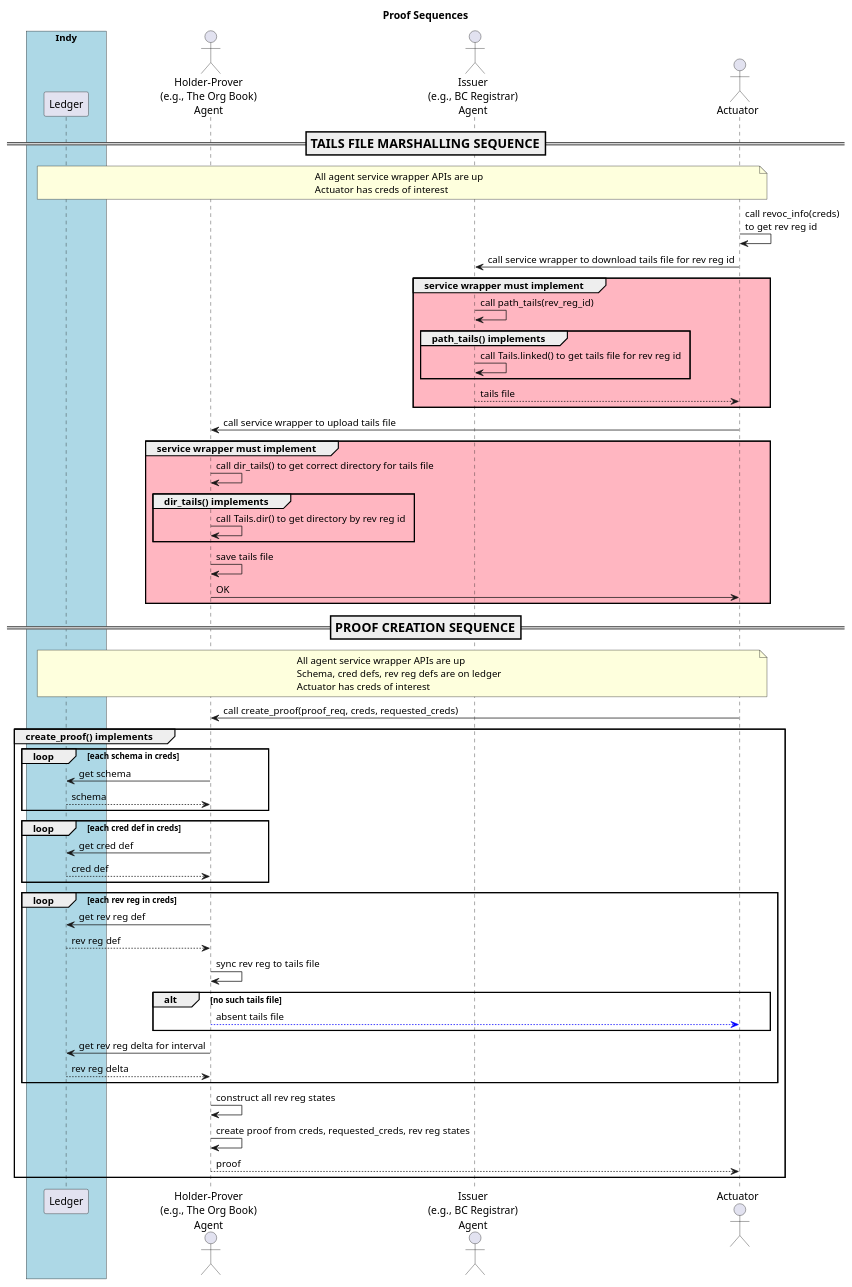
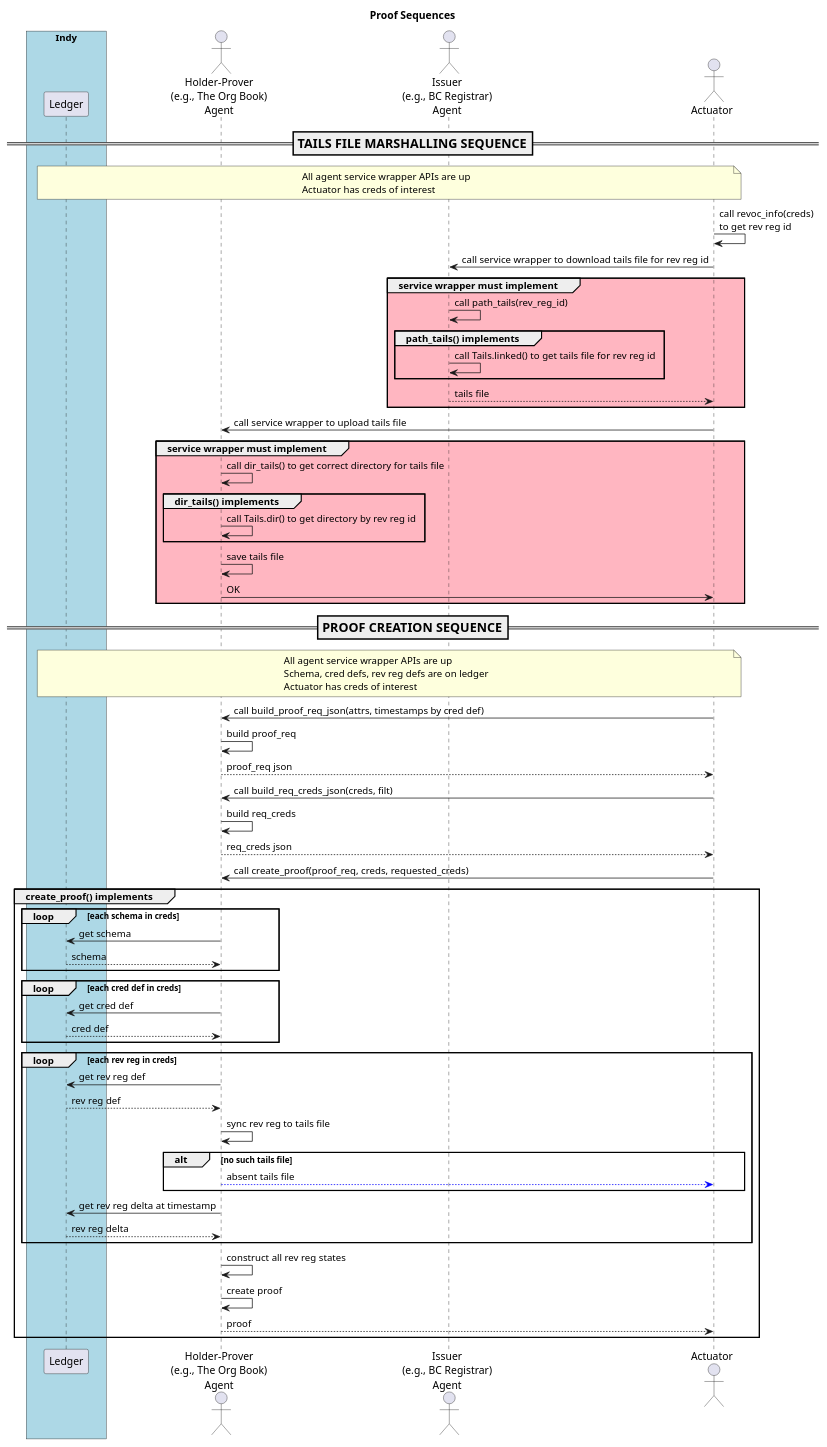
The diagram in doc/pic/src/proof.puml (PSPC-SPAC-buyandsell/von_base), drawn with PlantUML before and after one commit. The commit also changed 4 other files, not shown here.

```diff
--- a/doc/pic/src/proof.puml
+++ b/doc/pic/src/proof.puml
@@ -1,91 +1,99 @@
 @startuml
 /'
 Copyright 2017-2018 Government of Canada - Public Services and Procurement Canada - buyandsell.gc.ca
 
 Licensed under the Apache License, Version 2.0 (the "License");
 you may not use this file except in compliance with the License.
 You may obtain a copy of the License at
 
 http://www.apache.org/licenses/LICENSE-2.0
 
 Unless required by applicable law or agreed to in writing, software
 distributed under the License is distributed on an "AS IS" BASIS,
 WITHOUT WARRANTIES OR CONDITIONS OF ANY KIND, either express or implied.
 See the License for the specific language governing permissions and
 limitations under the License.
 '/
 
 skinparam ParticipantPadding 20
 skinparam BoxPadding 20
 
 title Proof Sequences
 
 box "Indy" #LightBlue
     participant "Ledger" as ledger
 endbox
 
 actor "Holder-Prover\n(e.g., The Org Book)\nAgent" as obag
 actor "Issuer\n(e.g., BC Registrar)\nAgent" as bcrag
 actor "Actuator" as ator
 
 === TAILS FILE MARSHALLING SEQUENCE ==
 note over ledger, ator
 All agent service wrapper APIs are up
 Actuator has creds of interest
 endnote
 
 ator -> ator: call revoc_info(creds)\nto get rev reg id
 ator -> bcrag: call service wrapper to download tails file for rev reg id
 group #lightPink service wrapper must implement
     bcrag -> bcrag: call path_tails(rev_reg_id)
     group path_tails() implements
         bcrag -> bcrag: call Tails.linked() to get tails file for rev reg id
     end
     bcrag --> ator: tails file
 end
 
 ator -> obag: call service wrapper to upload tails file
 group #lightPink service wrapper must implement
     obag -> obag: call dir_tails() to get correct directory for tails file
     group dir_tails() implements
         obag -> obag: call Tails.dir() to get directory by rev reg id
     end
     obag -> obag: save tails file
     obag -> ator: OK
 end
 
 === PROOF CREATION SEQUENCE ==
 note over ledger, ator
 All agent service wrapper APIs are up
 Schema, cred defs, rev reg defs are on ledger
 Actuator has creds of interest
 endnote
 
+ator -> obag: call build_proof_req_json(attrs, timestamps by cred def)
+obag -> obag: build proof_req
+obag --> ator: proof_req json
+
+ator -> obag: call build_req_creds_json(creds, filt)
+obag -> obag: build req_creds
+obag --> ator: req_creds json
+
 ator -> obag: call create_proof(proof_req, creds, requested_creds)
 group create_proof() implements
     loop each schema in creds
         obag -> ledger: get schema
         ledger --> obag: schema
     end
 
     loop each cred def in creds
         obag -> ledger: get cred def
         ledger --> obag: cred def
     end
 
     loop each rev reg in creds
         obag -> ledger: get rev reg def
         ledger --> obag: rev reg def
         obag -> obag: sync rev reg to tails file
         alt no such tails file
             obag -[#blue]-> ator: absent tails file
         end
-        obag -> ledger: get rev reg delta for interval
+        obag -> ledger: get rev reg delta at timestamp
         ledger --> obag: rev reg delta
     end
     obag -> obag: construct all rev reg states
-    obag -> obag: create proof from creds, requested_creds, rev reg states
+    obag -> obag: create proof
     obag --> ator: proof
 end
 
 @enduml
```
